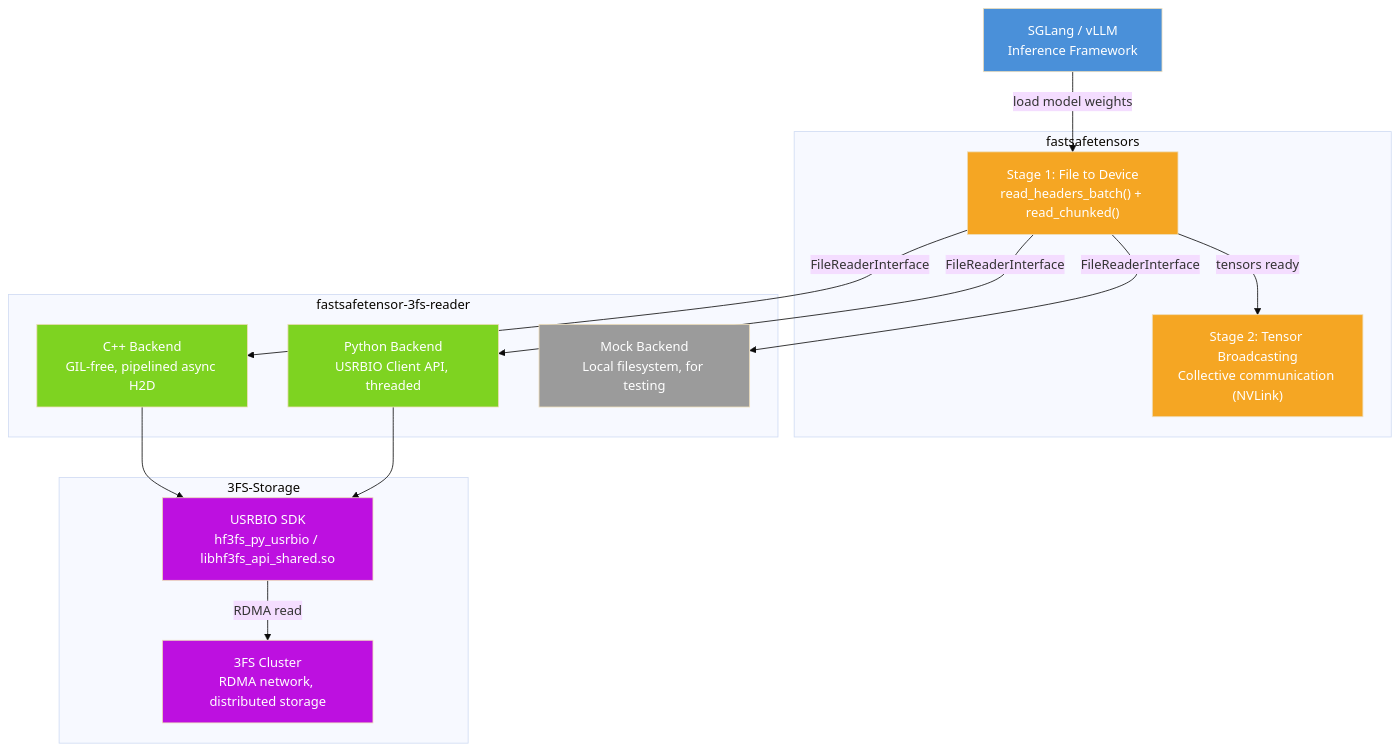
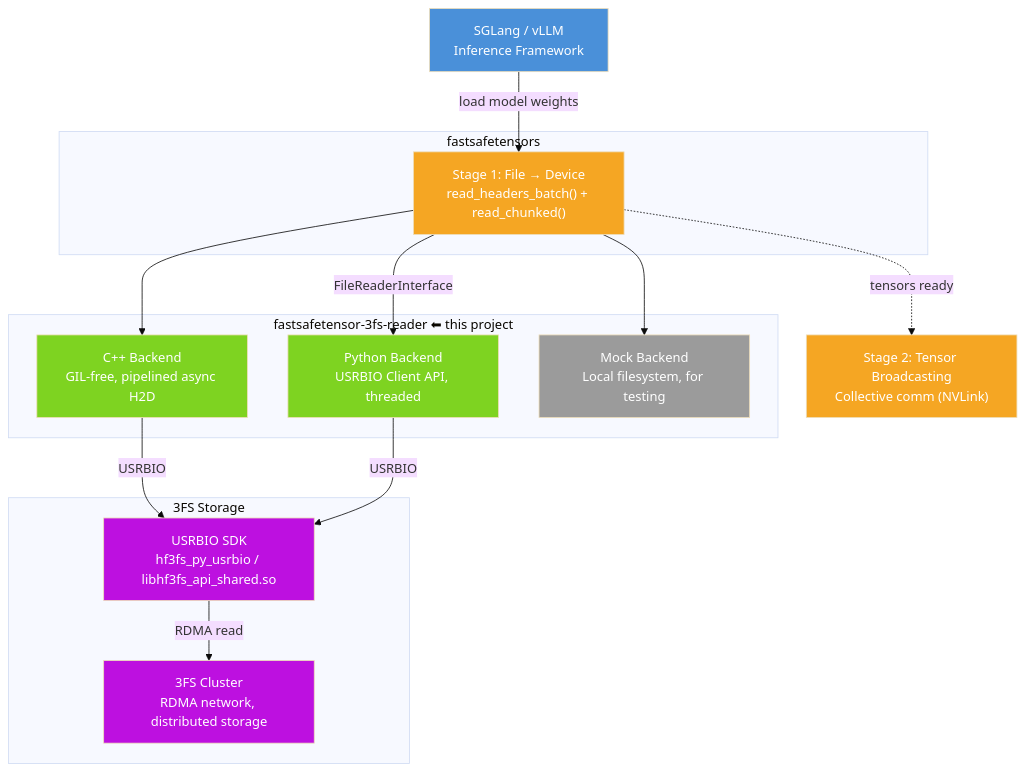
One commit to ABNER-1/fastsafetensor_3fs_reader changed the first of 2 diagrams in README.md. Above: the diagram before and after it, drawn with Mermaid (base theme). The commit also changed other lines of this file, not shown here.

Commit message:
add mermaid

````diff
--- a/README.md
+++ b/README.md
@@ -33,45 +33,41 @@
 ```mermaid
 graph TB
     FW["SGLang / vLLM<br/>Inference Framework"]
-    P1["Stage 1: File to Device<br/>read_headers_batch() + read_chunked()"]
-    P2["Stage 2: Tensor Broadcasting<br/>Collective communication (NVLink)"]
-    CPP["C++ Backend<br/>GIL-free, pipelined async H2D"]
-    PY["Python Backend<br/>USRBIO Client API, threaded"]
-    MOCK["Mock Backend<br/>Local filesystem, for testing"]
-    SDK["USRBIO SDK<br/>hf3fs_py_usrbio / libhf3fs_api_shared.so"]
-    CLUSTER["3FS Cluster<br/>RDMA network, distributed storage"]
 
     FW -->|"load model weights"| P1
-    P1 -->|"tensors ready"| P2
-    P1 -->|"FileReaderInterface"| CPP
+
+    subgraph fastsafetensors["fastsafetensors"]
+        P1["Stage 1: File → Device<br/>read_headers_batch() + read_chunked()"]
+    end
+
+    P1 --> CPP
     P1 -->|"FileReaderInterface"| PY
-    P1 -->|"FileReaderInterface"| MOCK
-    CPP --> SDK
-    PY --> SDK
+    P1 --> MOCK
+
+    subgraph reader["fastsafetensor-3fs-reader ⬅ this project"]
+        CPP["C++ Backend<br/>GIL-free, pipelined async H2D"]
+        PY["Python Backend<br/>USRBIO Client API, threaded"]
+        MOCK["Mock Backend<br/>Local filesystem, for testing"]
+    end
+
+    CPP -->|"USRBIO"| SDK
+    PY -->|"USRBIO"| SDK
+
+    subgraph storage["3FS Storage"]
+        SDK["USRBIO SDK<br/>hf3fs_py_usrbio / libhf3fs_api_shared.so"]
+        CLUSTER["3FS Cluster<br/>RDMA network, distributed storage"]
+    end
+
     SDK -->|"RDMA read"| CLUSTER
 
-    subgraph fastsafetensors
-        P1
-        P2
-    end
-
-    subgraph fastsafetensor-3fs-reader
-        CPP
-        PY
-        MOCK
-    end
-
-    subgraph 3FS-Storage
-        SDK
-        CLUSTER
-    end
+    P1 -.->|"tensors ready"| P2["Stage 2: Tensor Broadcasting<br/>Collective comm (NVLink)"]
 
     style FW fill:#4a90d9,color:#fff
     style P1 fill:#f5a623,color:#fff
     style P2 fill:#f5a623,color:#fff
     style CPP fill:#7ed321,color:#fff
     style PY fill:#7ed321,color:#fff
     style MOCK fill:#9b9b9b,color:#fff
     style SDK fill:#bd10e0,color:#fff
     style CLUSTER fill:#bd10e0,color:#fff
 ```
````
